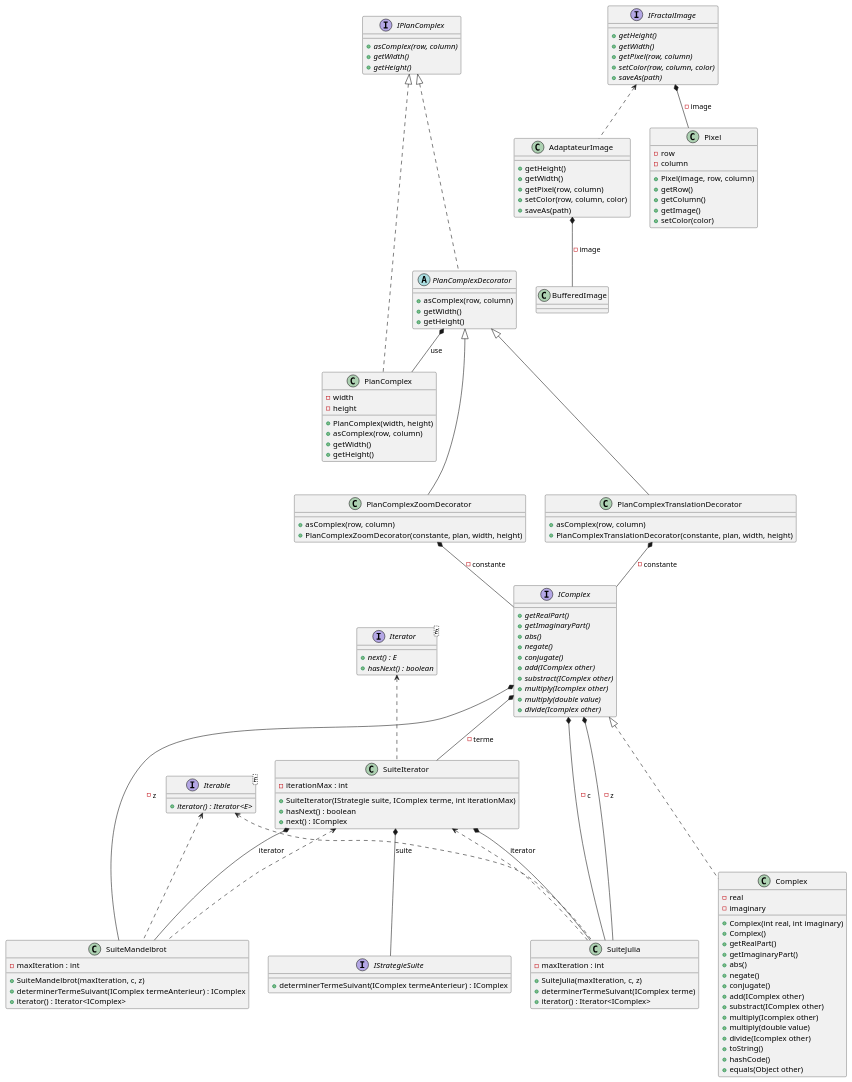
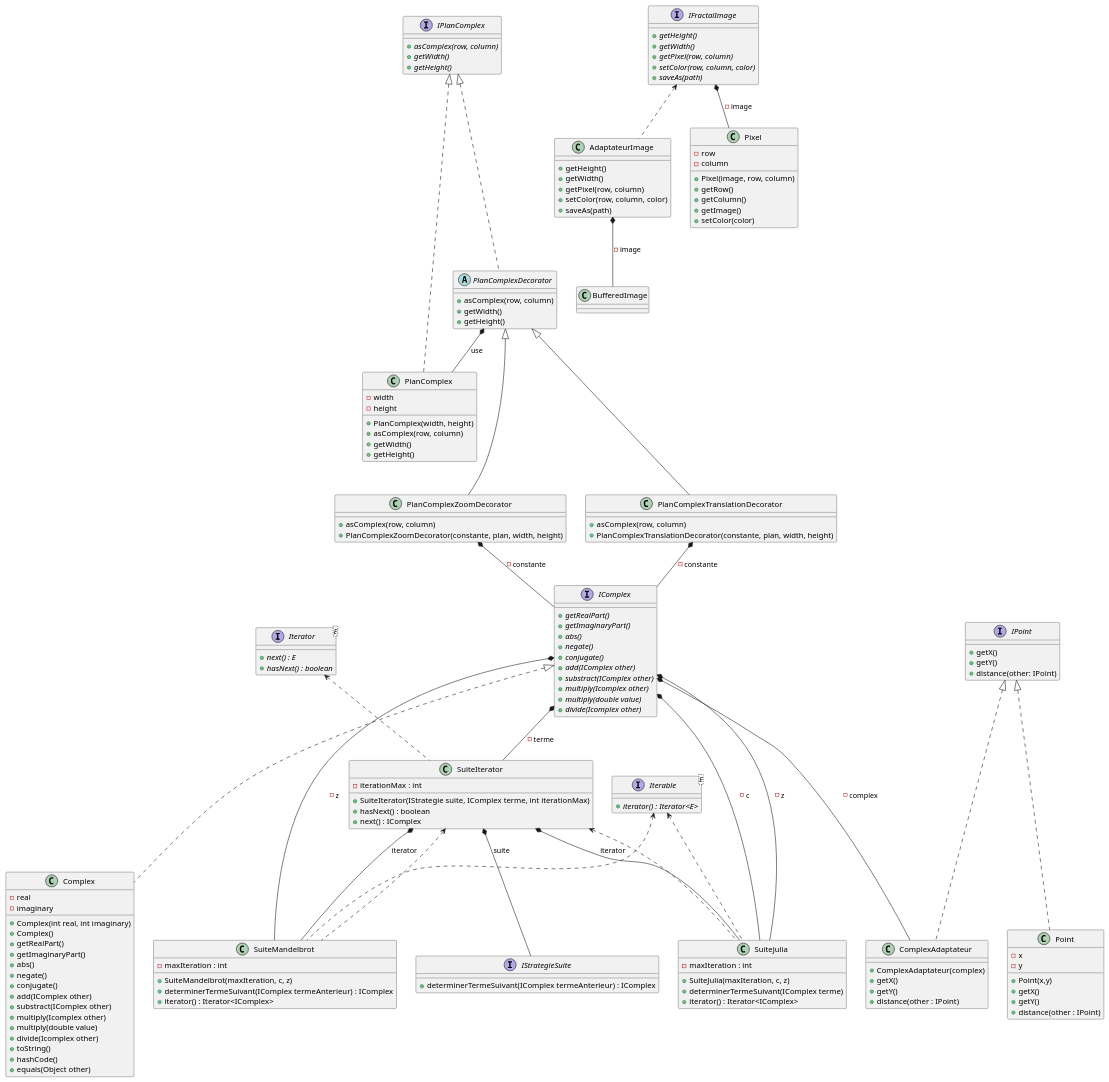
The diagram in README.md (FACON-Nicolas/fractals-generator), drawn with PlantUML before and after one commit.

Commit message:
ajout point et adaptateur diagramme

```diff
--- a/README.md
+++ b/README.md
@@ -137,6 +137,31 @@
  + setColor(color)
 }
 
+interface IPoint {
+ + getX()
+ + getY()
+ + distance(other: IPoint)
+}
+
+class Point {
+ - x
+ - y
+ + Point(x,y)
+ + getX()
+ + getY()
+ + distance(other : IPoint)
+}
+
+class ComplexAdaptateur {
+ + ComplexAdaptateur(complex)
+ + getX()
+ + getY()
+ + distance(other : IPoint)
+}
+
+IPoint <|---[dashed] ComplexAdaptateur
+IComplex *--- ComplexAdaptateur : - complex
+IPoint <|---[dashed] Point
 IFractalImage *-- Pixel : - image
 SuiteIterator *-- IStrategieSuite : suite
 Iterator <--[dashed] SuiteIterator
```
